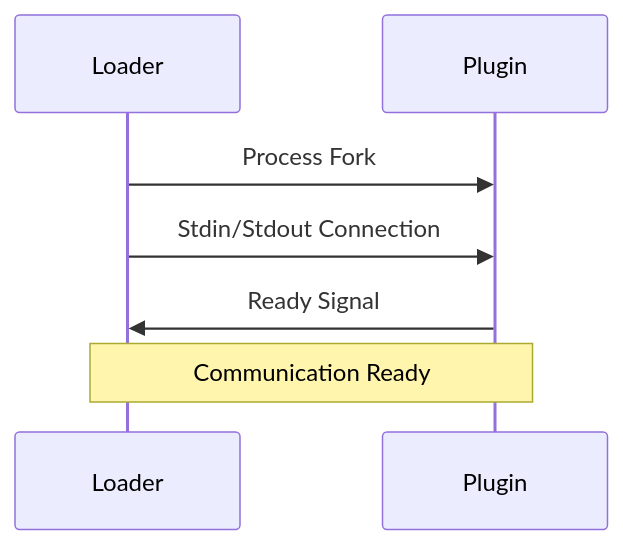
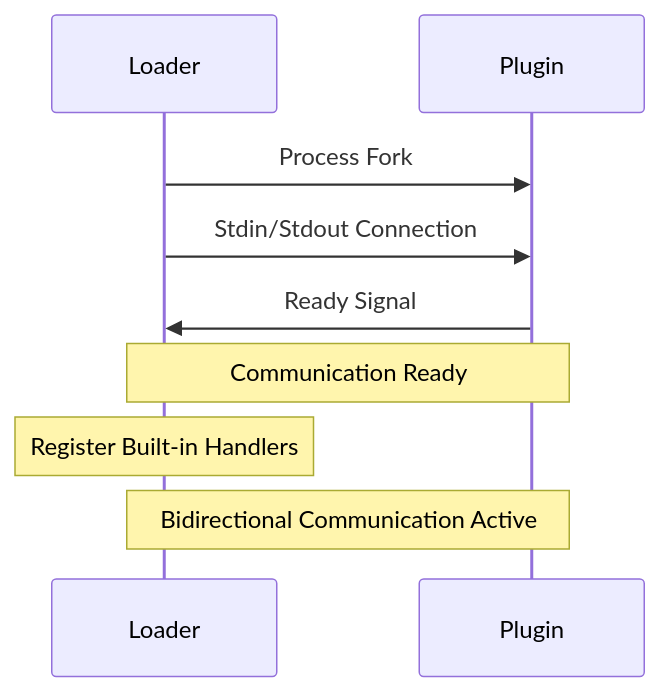
The first of 5 diagrams in protocol.md (snowmerak/plugin.go), drawn with Mermaid before and after one commit. The commit also changed other lines of this file and 2 other files, not shown here.

Commit message:
feat(docs): enhance protocol documentation with bidirectional communication details

````diff
--- a/protocol.md
+++ b/protocol.md
@@ -92,10 +92,12 @@
 ```mermaid
 sequenceDiagram
     participant L as Loader
     participant P as Plugin
     
     L->>P: Process Fork
     L->>P: Stdin/Stdout Connection
     P->>L: Ready Signal
     Note over L,P: Communication Ready
+    Note over L: Register Built-in Handlers
+    Note over L,P: Bidirectional Communication Active
 ```
````
